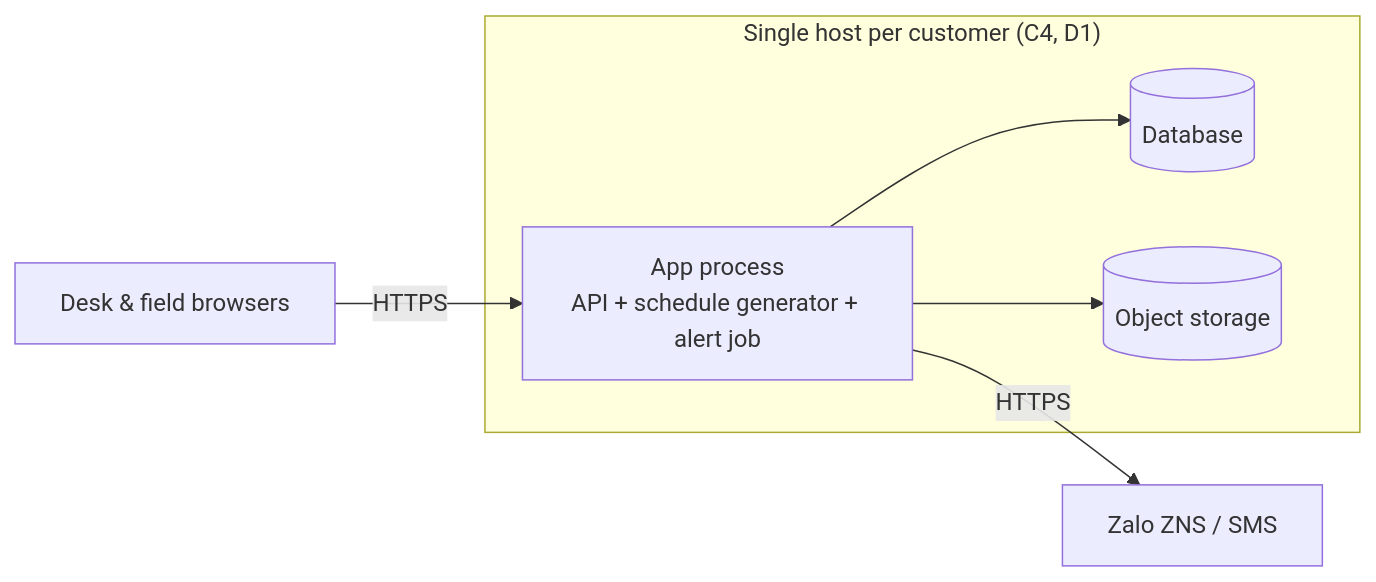
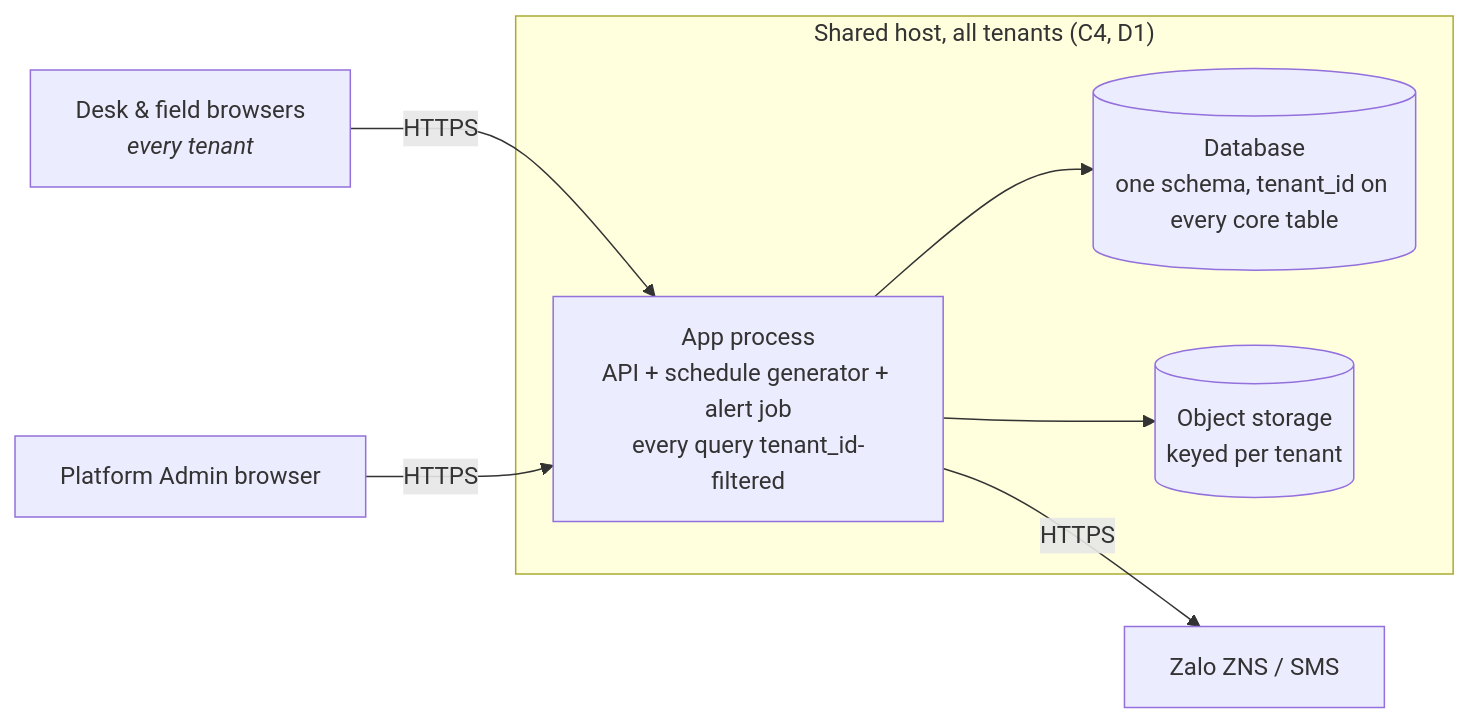
One commit to dDxCg/contrack changed the fourth of 4 diagrams in docs/04-architecture.md. Above: the diagram before and after it, drawn with Mermaid. The commit also changed other lines of this file and 11 other files, not shown here.

````diff
--- a/docs/04-architecture.md
+++ b/docs/04-architecture.md
@@ -236,14 +243,15 @@
 ```mermaid
 flowchart LR
-    client["Desk & field browsers"] -->|HTTPS| app
+    client["Desk & field browsers<br/><i>every tenant</i>"] -->|HTTPS| app
+    platformclient["Platform Admin browser"] -->|HTTPS| app
 
-    subgraph host["Single host per customer (C4, D1)"]
-        app["App process<br/>API + schedule generator + alert job"]
-        db[("Database")]
-        store[("Object storage")]
+    subgraph host["Shared host, all tenants (C4, D1)"]
+        app["App process<br/>API + schedule generator + alert job<br/>every query tenant_id-filtered"]
+        db[("Database<br/>one schema, tenant_id on every core table")]
+        store[("Object storage<br/>keyed per tenant")]
     end
 
     app --> db
     app --> store
     app -->|HTTPS| zalo["Zalo ZNS / SMS"]
 ```
````
